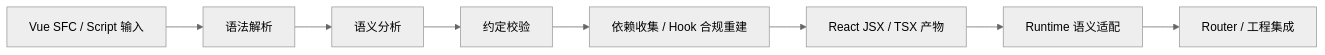
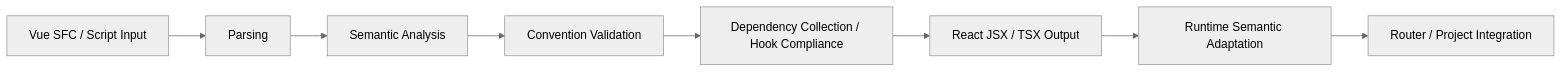
The diagram in README.md (vureact-js/core), drawn with Mermaid (neutral theme) before and after one commit. The commit also changed other lines of this file and 3 other files, not shown here.

````diff
--- a/README.md
+++ b/README.md
@@ -242,10 +241,10 @@
 ```mermaid
 flowchart LR
-    A[Vue SFC / Script 输入] --> B[语法解析]
-    B --> C[语义分析]
-    C --> D[约定校验]
-    D --> E[依赖收集 / Hook 合规重建]
-    E --> F[React JSX / TSX 产物]
-    F --> G[Runtime 语义适配]
-    G --> H[Router / 工程集成]
+    A[Vue SFC / Script Input] --> B[Parsing]
+    B --> C[Semantic Analysis]
+    C --> D[Convention Validation]
+    D --> E[Dependency Collection / Hook Compliance]
+    E --> F[React JSX / TSX Output]
+    F --> G[Runtime Semantic Adaptation]
+    G --> H[Router / Project Integration]
 ```
````
